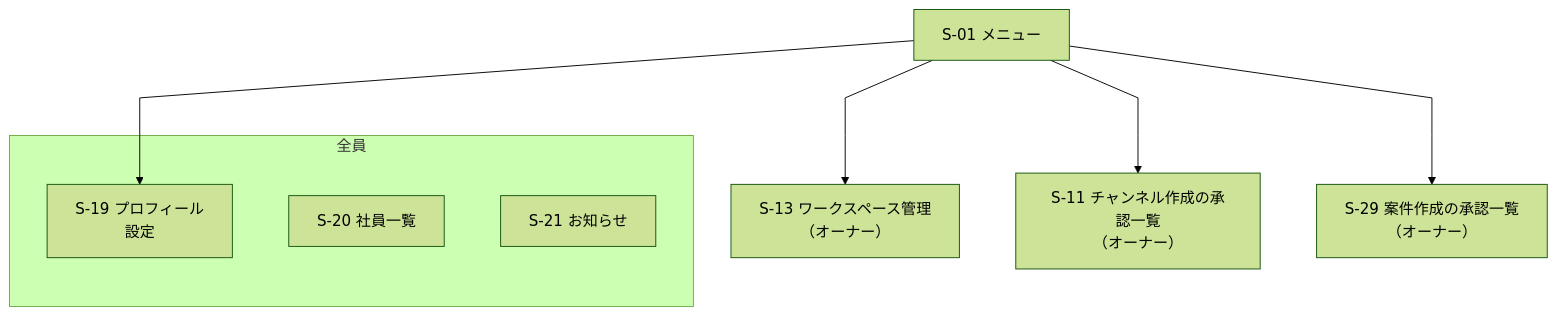
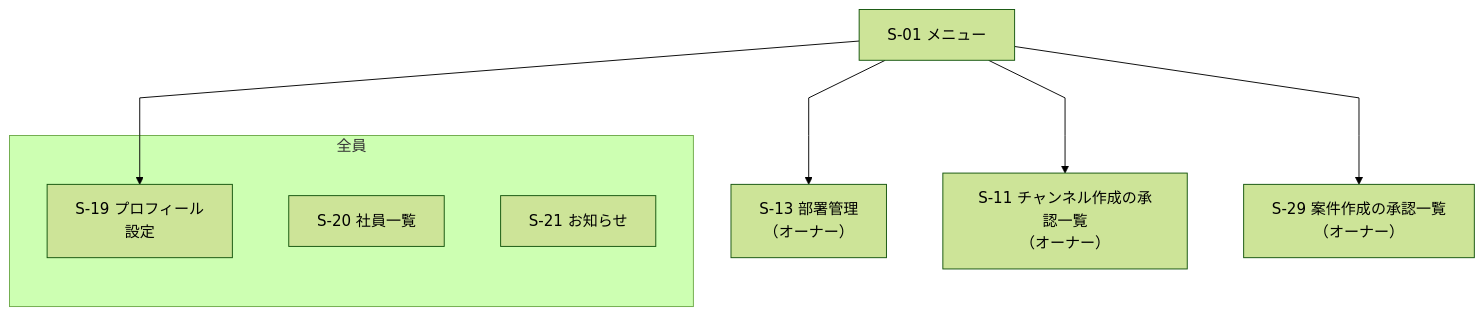
One commit to yamamotonaoki3/internal-system changed the eighth of 13 diagrams in docs/requirements/screens.md. Above: the diagram before and after it, drawn with Mermaid (forest theme). The commit also changed other lines of this file and 18 other files, not shown here.

````diff
--- a/docs/requirements/screens.md
+++ b/docs/requirements/screens.md
@@ -282,14 +283,14 @@
 ```mermaid
 %%{init: {"flowchart": {"nodeSpacing": 60, "rankSpacing": 80, "curve": "linear", "htmlLabels": true}}}%%
 flowchart TD
     Menu["S-01 メニュー"] --> S19
-    Menu --> S13["S-13 ワークスペース管理<br/>（オーナー）"]
+    Menu --> S13["S-13 部署管理<br/>（オーナー）"]
     Menu --> S11["S-11 チャンネル作成の承認一覧<br/>（オーナー）"]
     Menu --> S29["S-29 案件作成の承認一覧<br/>（オーナー）"]
 
     subgraph ALL["全員"]
         S19["S-19 プロフィール<br/>設定"]
         S20["S-20 社員一覧"]
         S21["S-21 お知らせ"]
     end
 ```
````
